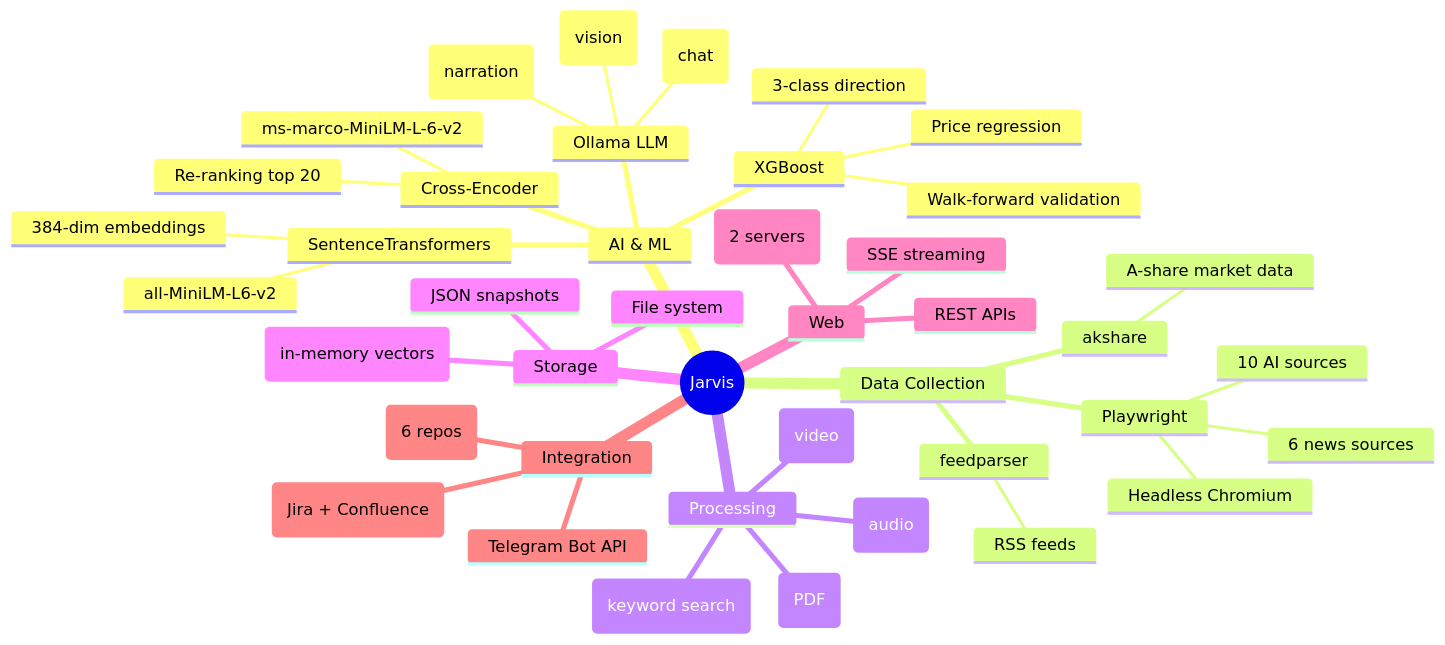
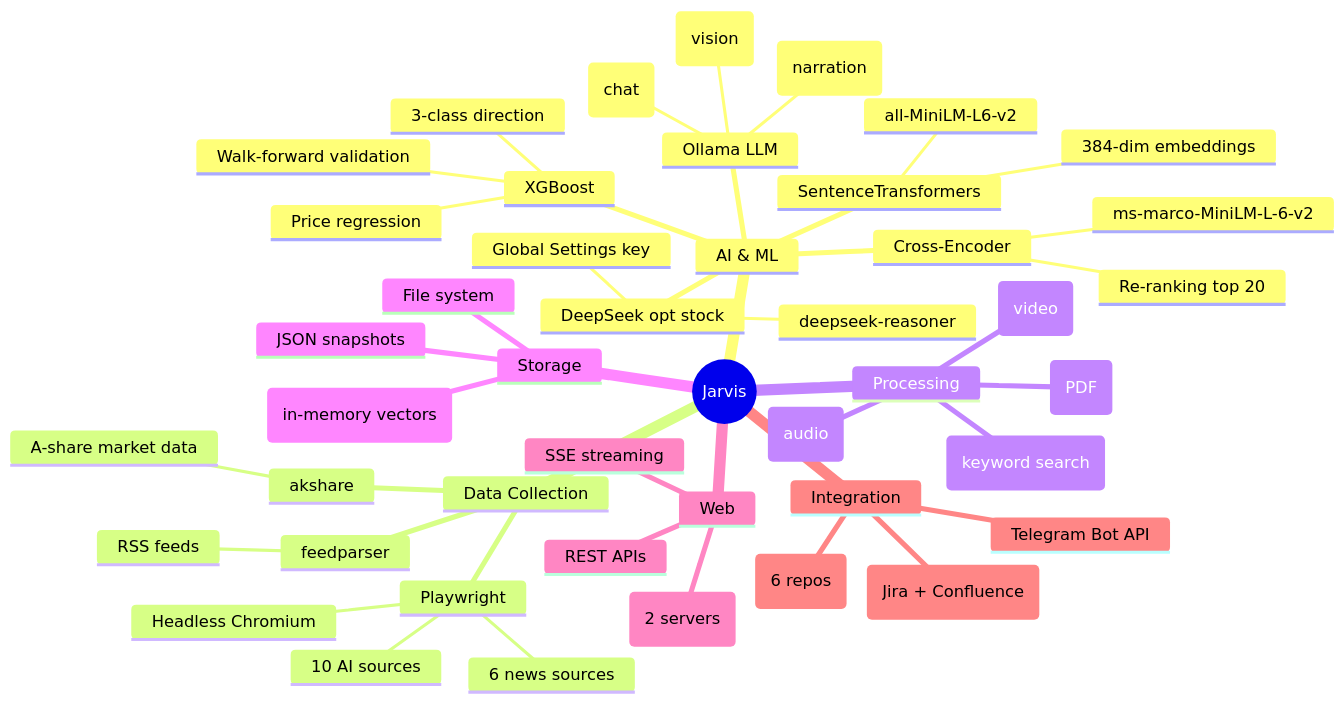
Before and after one commit to medavisyin/jarvis-yin: the eighth of 10 diagrams in docs/design/architecture.md, drawn with Mermaid. The commit also changed other lines of this file and 40 other files, not shown here.

````diff
--- a/docs/design/architecture.md
+++ b/docs/design/architecture.md
@@ -479,45 +484,48 @@
 ```mermaid
 mindmap
   root((Jarvis))
     AI & ML
       Ollama LLM
         qwen3.5:4b (chat)
         qwen3:1.7b (narration)
         qwen3-vl:8b (vision)
+      DeepSeek opt stock
+        deepseek-reasoner
+        Global Settings key
       SentenceTransformers
         all-MiniLM-L6-v2
         384-dim embeddings
       XGBoost
         Walk-forward validation
         Price regression
         3-class direction
       Cross-Encoder
         ms-marco-MiniLM-L-6-v2
         Re-ranking top 20
     Data Collection
       Playwright
         Headless Chromium
         10 AI sources
         6 news sources
       feedparser
         RSS feeds
       akshare
         A-share market data
     Processing
       ReportLab (PDF)
       Edge TTS (audio)
       MoviePy (video)
       BM25 (keyword search)
     Storage
       Qdrant (in-memory vectors)
       JSON snapshots
       File system
     Web
       Flask (2 servers)
       SSE streaming
       REST APIs
     Integration
       Atlassian (Jira + Confluence)
       Git (6 repos)
       Telegram Bot API
 ```
````
